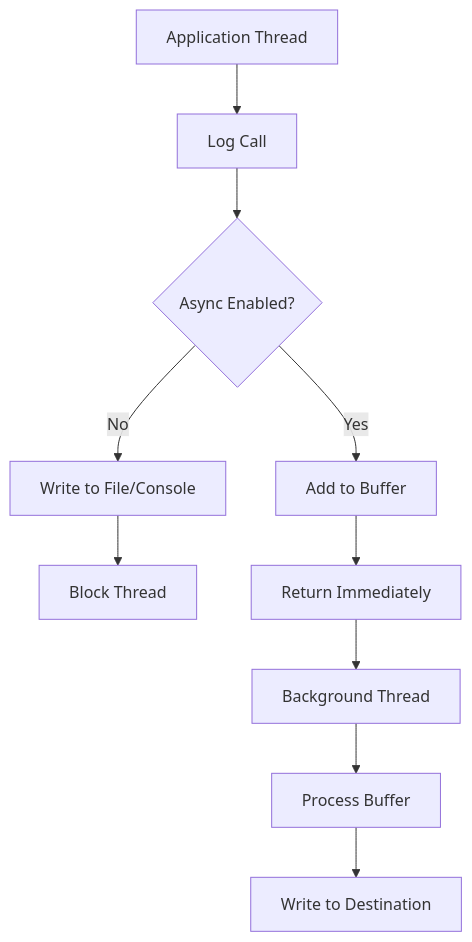
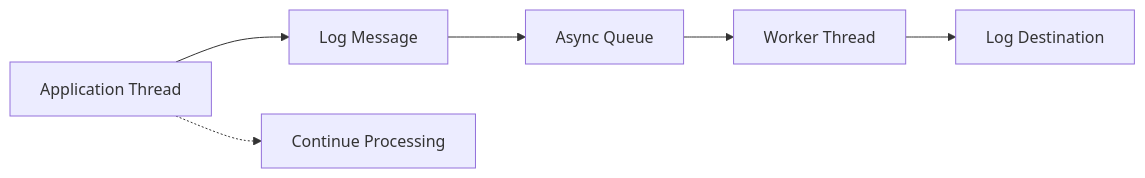
The diagram in async-logging/README.md (VrushankPatel/interview-matters), drawn with Mermaid before and after one commit. The commit also changed other lines of this file and 5 other files, not shown here.

````diff
--- a/async-logging/README.md
+++ b/async-logging/README.md
@@ -28,13 +41,8 @@
 ```mermaid
-graph TD
-    A[Application Thread] --> B[Log Call]
-    B --> C{Async Enabled?}
-    C -->|No| D[Write to File/Console]
-    D --> E[Block Thread]
-    
-    C -->|Yes| F[Add to Buffer]
-    F --> G[Return Immediately]
-    G --> H[Background Thread]
-    H --> I[Process Buffer]
-    I --> J[Write to Destination]
+graph LR
+    A[Application Thread] --> B[Log Message]
+    B --> C[Async Queue]
+    C --> D[Worker Thread]
+    D --> E[Log Destination]
+    A -.-> F[Continue Processing]
 ```
````
